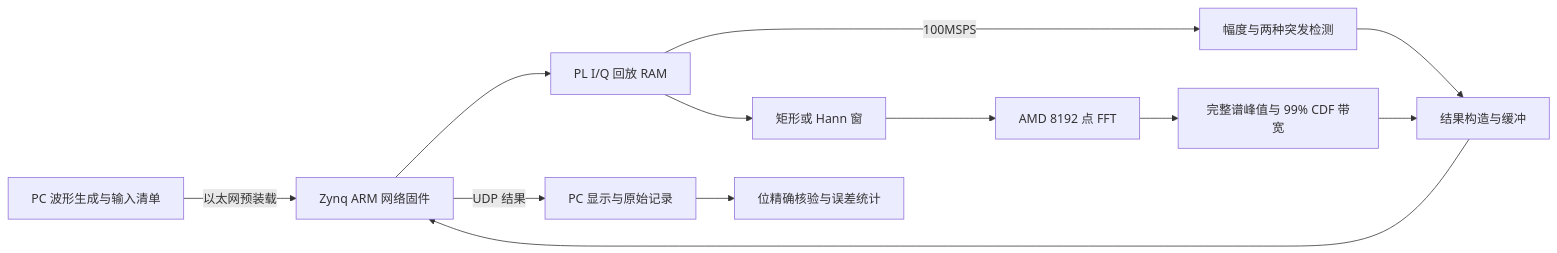
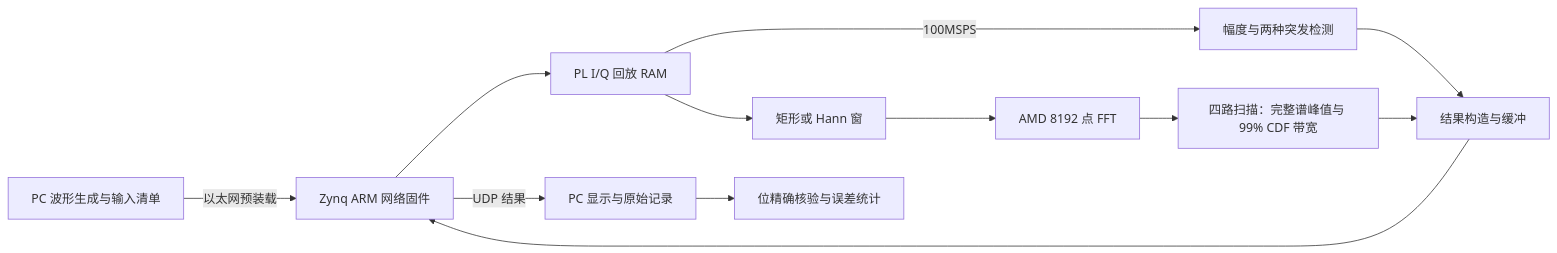
One commit to vermouth2031/fft changed the diagram in reports/参赛演示提纲.md. Above: the diagram before and after it, drawn with Mermaid. The commit also changed other lines of this file and 40 other files, not shown here.

````diff
--- a/reports/参赛演示提纲.md
+++ b/reports/参赛演示提纲.md
@@ -36,14 +40,14 @@
 ```mermaid
 flowchart LR
   PC[PC 波形生成与输入清单] -->|以太网预装载| ARM[Zynq ARM 网络固件]
   ARM --> RAM[PL I/Q 回放 RAM]
   RAM -->|100MSPS| TIME[幅度与两种突发检测]
   RAM --> WINDOW[矩形或 Hann 窗]
   WINDOW --> FFT[AMD 8192 点 FFT]
-  FFT --> SPEC[完整谱峰值与 99% CDF 带宽]
+  FFT --> SPEC[四路扫描：完整谱峰值与 99% CDF 带宽]
   TIME --> RESULT[结果构造与缓冲]
   SPEC --> RESULT
   RESULT --> ARM
   ARM -->|UDP 结果| GUI[PC 显示与原始记录]
   GUI --> VERIFY[位精确核验与误差统计]
 ```
````
